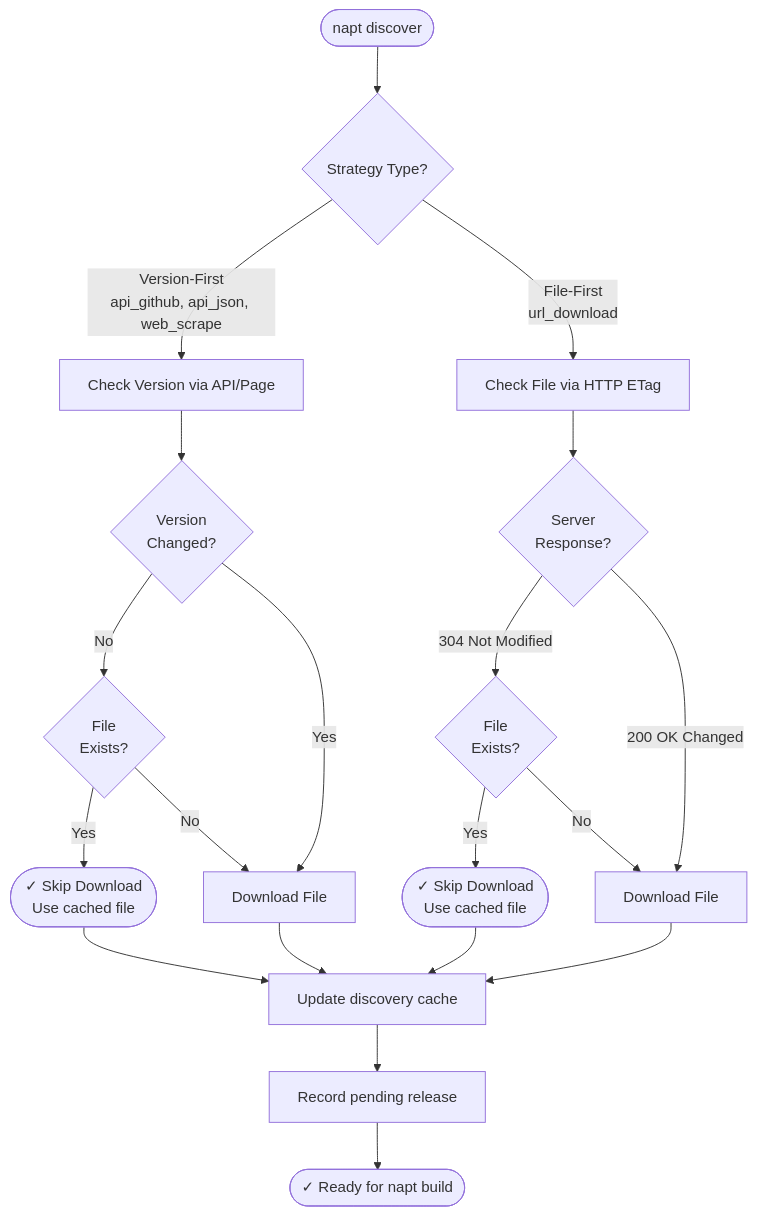
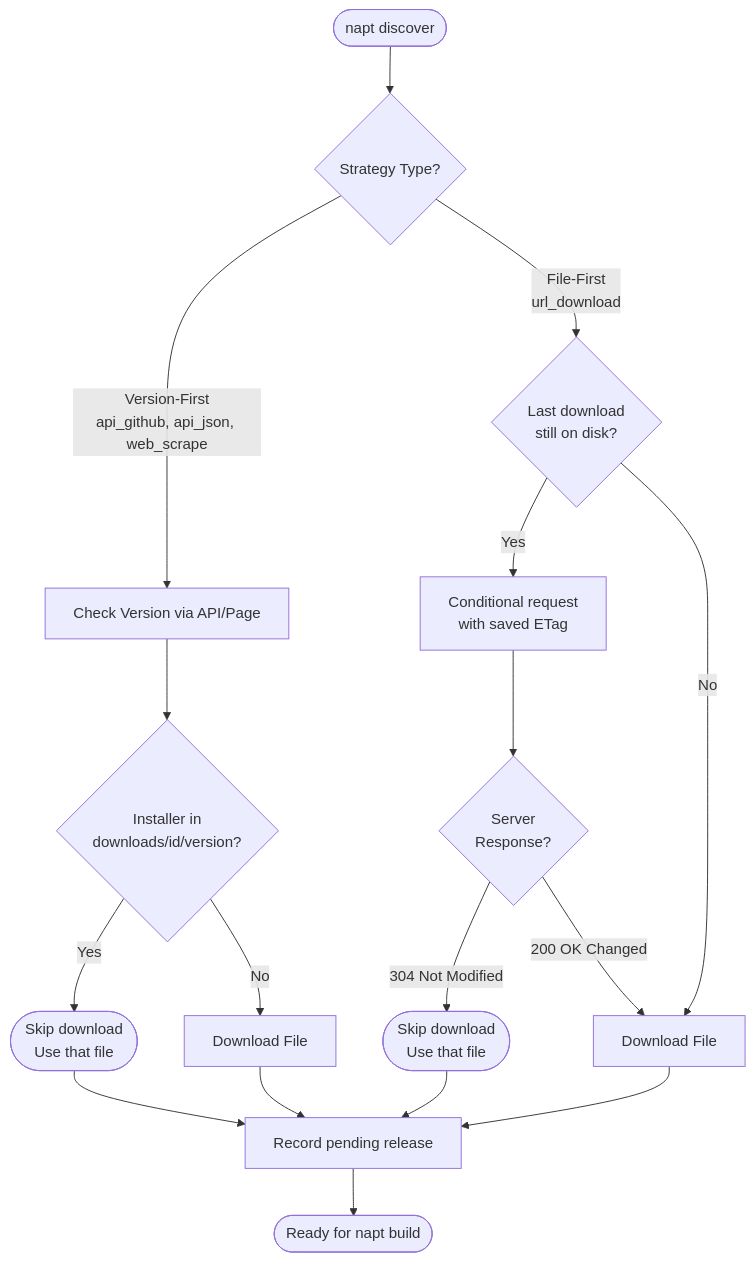
One commit to RogerCibrian/notapkgtool changed the second of 2 diagrams in docs/user-guide.md. Above: the diagram before and after it, drawn with Mermaid. The commit also changed other lines of this file and 28 other files, not shown here.

First line of the commit message:
refactor: Remove the discovery cache (#130)

````diff
--- a/docs/user-guide.md
+++ b/docs/user-guide.md
@@ -782,28 +779,23 @@
 ```mermaid
 flowchart TD
     Start([napt discover]) --> Strategy{Strategy Type?}
-    
+
     Strategy -->|Version-First<br/>api_github, api_json, web_scrape| CheckVersion[Check Version via API/Page]
-    Strategy -->|File-First<br/>url_download| CheckETag[Check File via HTTP ETag]
-    
-    CheckVersion --> VersionChanged{Version<br/>Changed?}
-    VersionChanged -->|No| FileExists1{File<br/>Exists?}
-    VersionChanged -->|Yes| Download1[Download File]
-    
+    Strategy -->|File-First<br/>url_download| HaveFile{Last download<br/>still on disk?}
+
+    CheckVersion --> FolderHasFile{Installer in<br/>downloads/id/version?}
+    FolderHasFile -->|Yes| Skip1([Skip download<br/>Use that file])
+    FolderHasFile -->|No| Download1[Download File]
+
+    HaveFile -->|Yes| CheckETag[Conditional request<br/>with saved ETag]
+    HaveFile -->|No| Download2[Download File]
     CheckETag --> ETagResponse{Server<br/>Response?}
-    ETagResponse -->|304 Not Modified| FileExists2{File<br/>Exists?}
-    ETagResponse -->|200 OK Changed| Download2[Download File]
-    
-    FileExists1 -->|Yes| SkipDownload1([✓ Skip Download<br/>Use cached file])
-    FileExists1 -->|No| Download1
-    
-    FileExists2 -->|Yes| SkipDownload2([✓ Skip Download<br/>Use cached file])
-    FileExists2 -->|No| Download2
-    
-    Download1 --> UpdateCache[Update discovery cache]
-    Download2 --> UpdateCache
-    SkipDownload1 --> UpdateCache
-    SkipDownload2 --> UpdateCache
-    UpdateCache --> Pending[Record pending release]
-    Pending --> Ready([✓ Ready for napt build])
+    ETagResponse -->|304 Not Modified| Skip2([Skip download<br/>Use that file])
+    ETagResponse -->|200 OK Changed| Download2
+
+    Download1 --> Pending[Record pending release]
+    Download2 --> Pending
+    Skip1 --> Pending
+    Skip2 --> Pending
+    Pending --> Ready([Ready for napt build])
 ```
````
